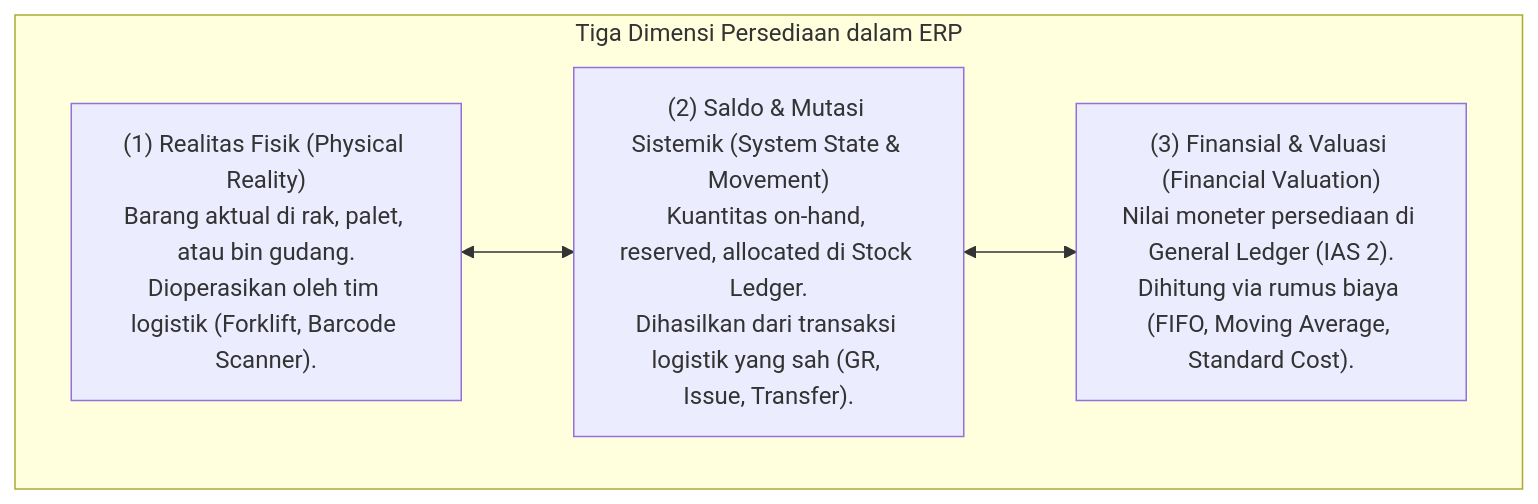
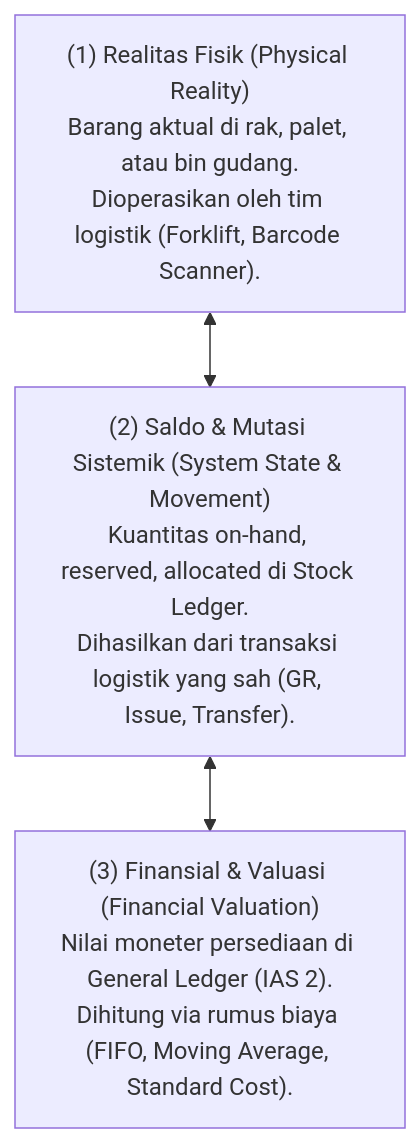
One commit to alimurrofid/erp-notes changed the first of 2 diagrams in content/05-inventory/inventory-fundamentals.md. Above: the diagram before and after it, drawn with Mermaid. The commit also changed other lines of this file and 58 other files, not shown here.

Commit message:
fix(content):Mermaid Subgraph

````diff
--- a/content/05-inventory/inventory-fundamentals.md
+++ b/content/05-inventory/inventory-fundamentals.md
@@ -19,10 +19,8 @@
 ```mermaid
 flowchart TD
-    subgraph Dimensions["Tiga Dimensi Persediaan dalam ERP"]
         Phys["(1) Realitas Fisik (Physical Reality)<br/>Barang aktual di rak, palet, atau bin gudang.<br/>Dioperasikan oleh tim logistik (Forklift, Barcode Scanner)."]
         Log["(2) Saldo & Mutasi Sistemik (System State & Movement)<br/>Kuantitas on-hand, reserved, allocated di Stock Ledger.<br/>Dihasilkan dari transaksi logistik yang sah (GR, Issue, Transfer)."]
         Val["(3) Finansial & Valuasi (Financial Valuation)<br/>Nilai moneter persediaan di General Ledger (IAS 2).<br/>Dihitung via rumus biaya (FIFO, Moving Average, Standard Cost)."]
-    end
     Phys <--> Log
     Log <--> Val
 ```
````
